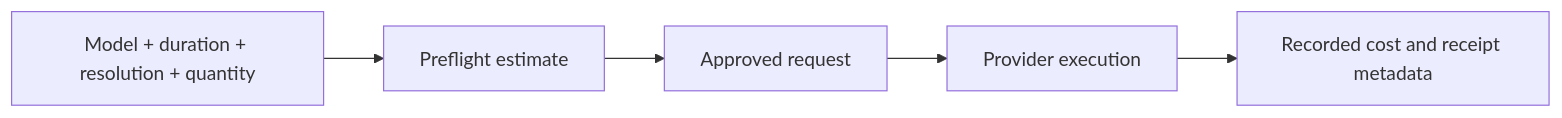
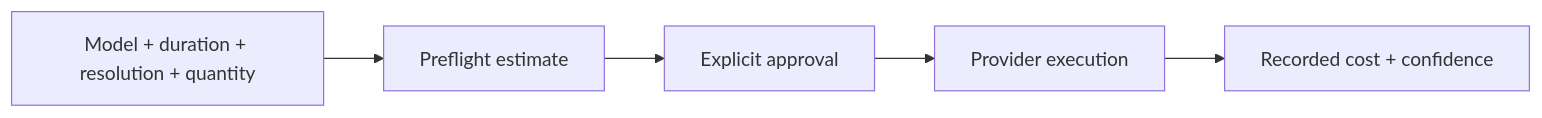
Before and after one commit to AIONEpreneur/kreativstudio: the fifth of 6 diagrams in README.md, drawn with Mermaid. The commit also changed other lines of this file and 2 other files, not shown here.

````diff
--- a/README.md
+++ b/README.md
@@ -235,7 +235,7 @@
 ```mermaid
 flowchart LR
-    Parameters["Model + duration + resolution + quantity"] --> Estimate["Preflight estimate"]
-    Estimate --> Request["Approved request"]
-    Request --> Provider["Provider execution"]
-    Provider --> Record["Recorded cost and receipt metadata"]
+    Params["Model + duration + resolution + quantity"] --> Estimate["Preflight estimate"]
+    Estimate --> Approval["Explicit approval"]
+    Approval --> Run["Provider execution"]
+    Run --> Record["Recorded cost + confidence"]
 ```
````
